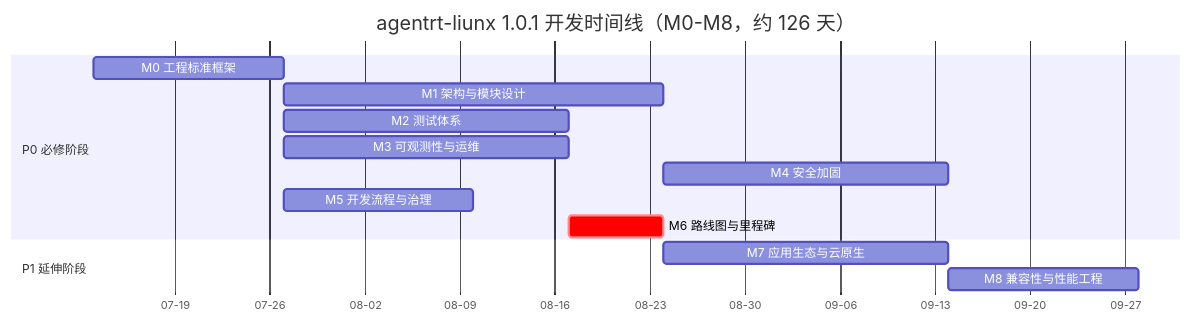
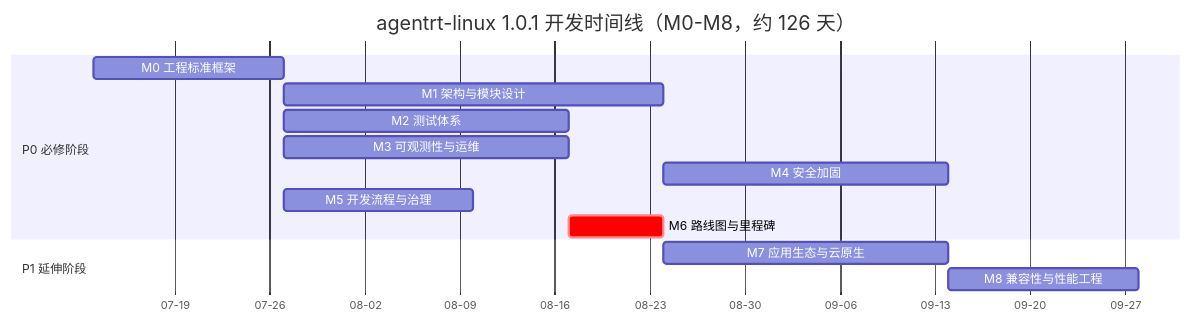
Before and after one commit to SpharxTeam/Docs: the first of 2 diagrams in AirymaxOS/130-roadmap/02-milestones-and-timeline.md, drawn with Mermaid. The commit also changed other lines of this file and 132 other files, not shown here.

````diff
--- a/AirymaxOS/130-roadmap/02-milestones-and-timeline.md
+++ b/AirymaxOS/130-roadmap/02-milestones-and-timeline.md
@@ -43,19 +43,19 @@
 ```mermaid
 gantt
-    title agentrt-liunx 1.0.1 开发时间线（M0-M8，约 126 天）
+    title agentrt-linux 1.0.1 开发时间线（M0-M8，约 126 天）
     dateFormat YYYY-MM-DD
     axisFormat %m-%d
 
     section P0 必修阶段
     M0 工程标准框架        :m0, 2026-07-13, 14d
     M1 架构与模块设计       :m1, 2026-07-27, 28d
     M2 测试体系             :m2, after m0, 21d
     M3 可观测性与运维        :m3, after m0, 21d
     M4 安全加固             :m4, after m1, 21d
     M5 开发流程与治理        :m5, after m0, 14d
     M6 路线图与里程碑        :crit, m6, after m2, 7d
 
     section P1 延伸阶段
     M7 应用生态与云原生      :m7, after m6, 21d
     M8 兼容性与性能工程      :m8, after m7, 14d
 ```
````
